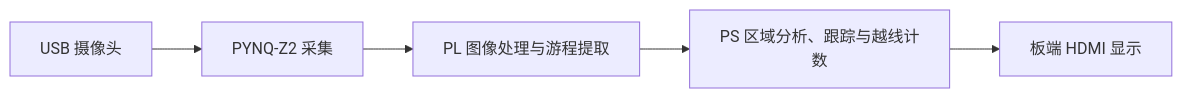
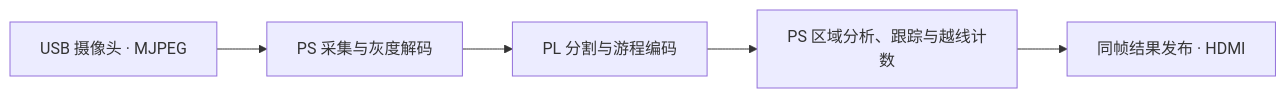
The diagram in README.md (POPO-so/material-counter), drawn with Mermaid before and after one commit. The commit also changed other lines of this file and 1 other file, not shown here.

````diff
--- a/README.md
+++ b/README.md
@@ -9,7 +13,7 @@
 ```mermaid
 flowchart LR
-    A["USB 摄像头"] --> B["PYNQ-Z2 采集"]
-    B --> C["PL 图像处理与游程提取"]
+    A["USB 摄像头 · MJPEG"] --> B["PS 采集与灰度解码"]
+    B --> C["PL 分割与游程编码"]
     C --> D["PS 区域分析、跟踪与越线计数"]
-    D --> E["板端 HDMI 显示"]
+    D --> E["同帧结果发布 · HDMI"]
 ```
````
